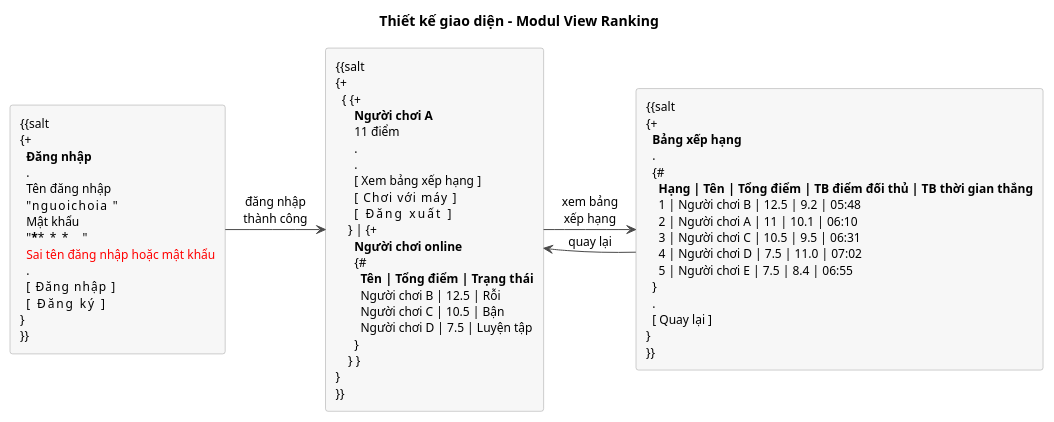
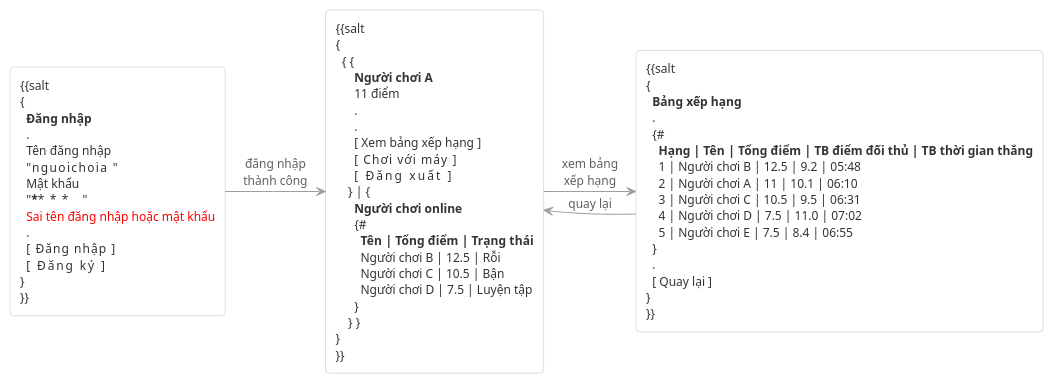
The diagram in docs/uml/pha3/ui-m2.puml (VattenL/mobile-pikachu), drawn with PlantUML before and after one commit. The commit also changed 14 other files, not shown here.

First line of the commit message:
docs: shorter activity diagrams, minimal wireframes, VP protocol flow

```diff
--- a/docs/uml/pha3/ui-m2.puml
+++ b/docs/uml/pha3/ui-m2.puml
@@ -1,75 +1,76 @@
 @startuml ui-m2
-title Thiết kế giao diện - Modul View Ranking
-
 skinparam shadowing false
 skinparam defaultFontSize 12
-skinparam ArrowColor #4A4A4A
+skinparam defaultFontColor #333333
+skinparam ArrowColor #9E9E9E
+skinparam ArrowFontColor #616161
 skinparam rectangle {
-  BackgroundColor #F7F7F7
-  BorderColor #9E9E9E
+  BackgroundColor #FFFFFF
+  BorderColor #BDBDBD
+  RoundCorner 8
 }
 
 rectangle Login [
 {{salt
-{+
+{
   <b>Đăng nhập
   .
   Tên đăng nhập
   "nguoichoia      "
   Mật khẩu
   "********        "
   <color:red>Sai tên đăng nhập hoặc mật khẩu
   .
   [   Đăng nhập   ]
   [    Đăng ký    ]
 }
 }}
 ]
 
 rectangle Main [
 {{salt
-{+
-  { {+
+{
+  { {
       <b>Người chơi A
       11 điểm
       .
       .
       [ Xem bảng xếp hạng ]
       [   Chơi với máy    ]
       [     Đăng xuất     ]
-    } | {+
+    } | {
       <b>Người chơi online
       {#
         <b>Tên | <b>Tổng điểm | <b>Trạng thái
         Người chơi B | 12.5 | Rỗi
         Người chơi C | 10.5 | Bận
         Người chơi D | 7.5 | Luyện tập
       }
     } }
 }
 }}
 ]
 
 rectangle Ranking [
 {{salt
-{+
+{
   <b>Bảng xếp hạng
   .
   {#
     <b>Hạng | <b>Tên | <b>Tổng điểm | <b>TB điểm đối thủ | <b>TB thời gian thắng
     1 | Người chơi B | 12.5 | 9.2 | 05:48
     2 | Người chơi A | 11 | 10.1 | 06:10
     3 | Người chơi C | 10.5 | 9.5 | 06:31
     4 | Người chơi D | 7.5 | 11.0 | 07:02
     5 | Người chơi E | 7.5 | 8.4 | 06:55
   }
   .
   [ Quay lại ]
 }
 }}
 ]
 
 Login -right-> Main : đăng nhập\nthành công
 Main -right-> Ranking : xem bảng\nxếp hạng
 Ranking -left-> Main : quay lại
 @enduml
```
